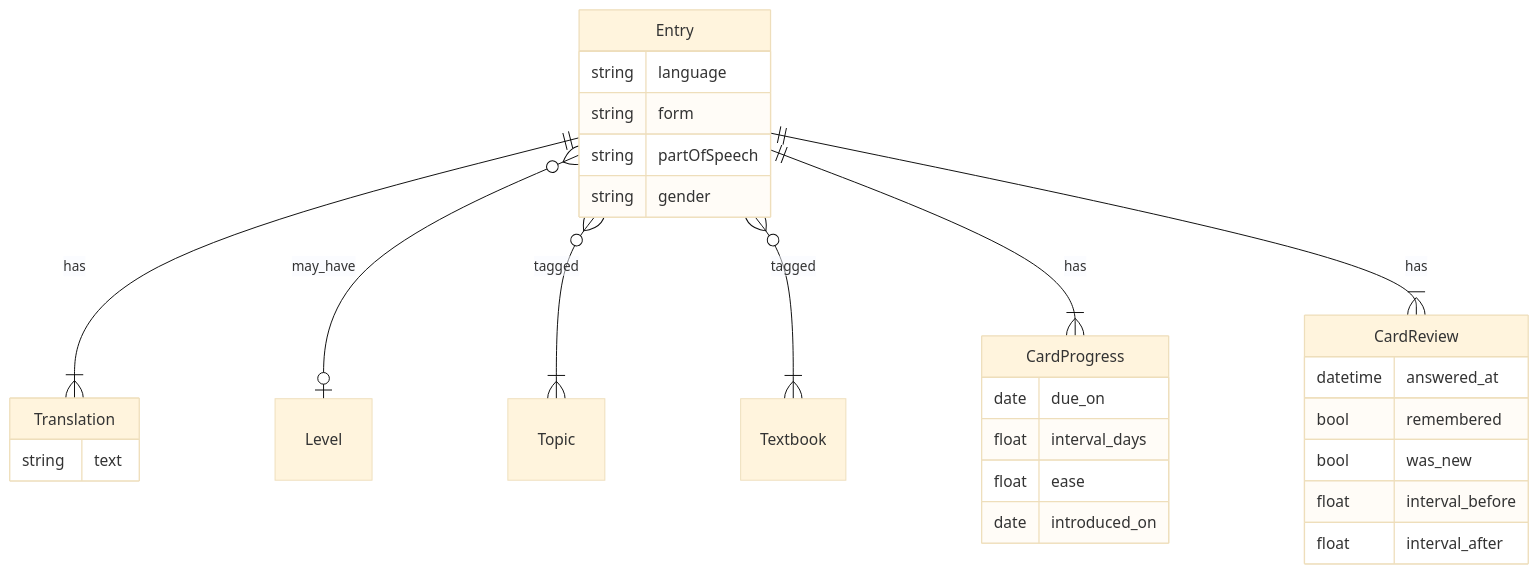
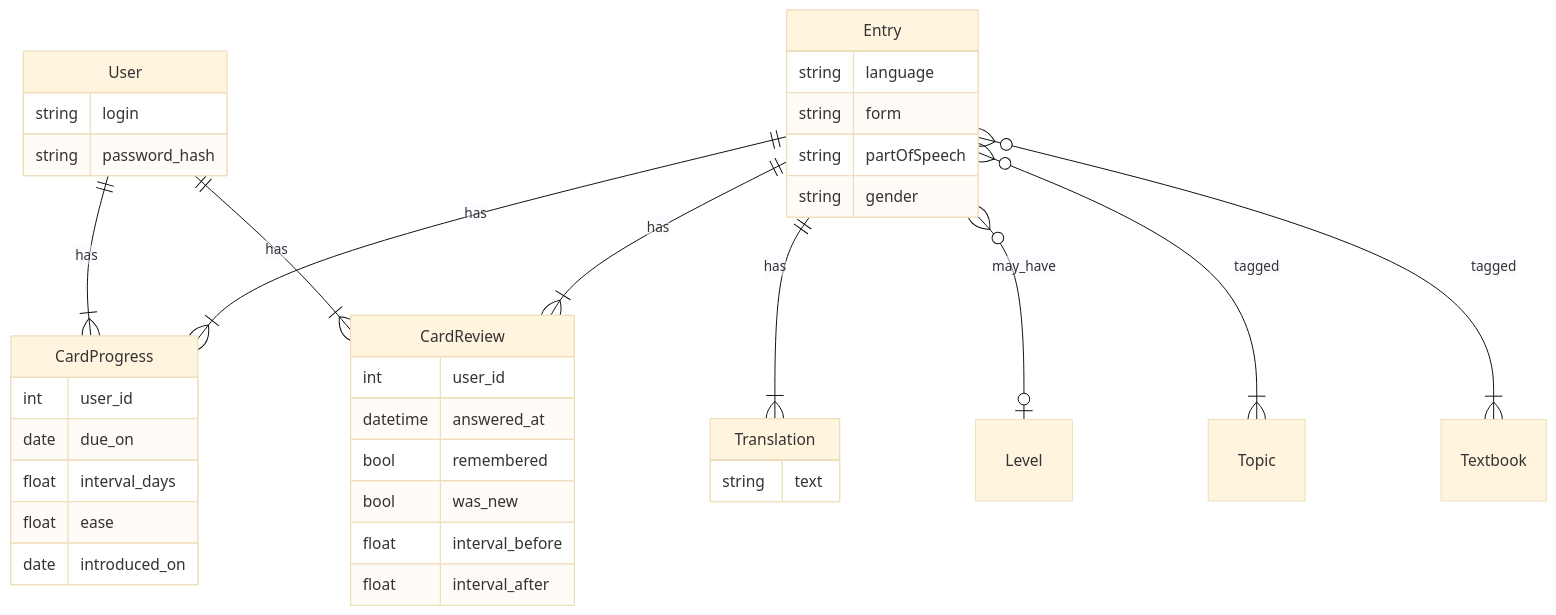
The diagram in docs/5-data-model.md (WildRanger3306/lang-trainer), drawn with Mermaid (base theme) before and after one commit. The commit also changed other lines of this file and 24 other files, not shown here.

Commit message:
Implement user authentication and session management; add login and logout routes, user-specific progress tracking, and update database schema to support multiple users. Enhance UI with user navigation and update styles accordingly. Add tests for user-related functionality.

````diff
--- a/docs/5-data-model.md
+++ b/docs/5-data-model.md
@@ -88,35 +102,44 @@
 ```mermaid
 erDiagram
+  User ||--|{ CardProgress : has
+  User ||--|{ CardReview : has
   Entry ||--|{ Translation : has
   Entry }o--o| Level : may_have
   Entry }o--|{ Topic : tagged
   Entry }o--|{ Textbook : tagged
+
+  User {
+    string login
+    string password_hash
+  }
 
   Entry {
     string language
     string form
     string partOfSpeech
     string gender
   }
   Entry ||--|{ CardProgress : has
   Entry ||--|{ CardReview : has
 
   CardProgress {
+    int user_id
     date due_on
     float interval_days
     float ease
     date introduced_on
   }
 
   CardReview {
+    int user_id
     datetime answered_at
     bool remembered
     bool was_new
     float interval_before
     float interval_after
   }
 
   Translation {
     string text
   }
 ```
````
